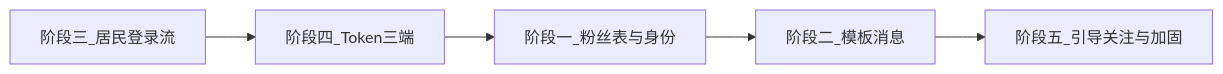
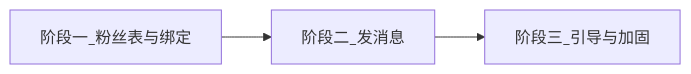
The diagram in plan/wechat-notify-auth-roadmap.md (zhangjun2046/dayangyunjie), drawn with Mermaid before and after one commit. The commit also changed other lines of this file and 21 other files, not shown here.

````diff
--- a/plan/wechat-notify-auth-roadmap.md
+++ b/plan/wechat-notify-auth-roadmap.md
@@ -261,7 +268,5 @@
 ```mermaid
 flowchart LR
-  A[阶段三_居民登录流] --> B[阶段四_Token三端]
-  B --> C[阶段一_粉丝表与身份]
-  C --> D[阶段二_模板消息]
-  D --> E[阶段五_引导关注与加固]
+  A[阶段一_粉丝表与绑定] --> B[阶段二_发消息]
+  B --> C[阶段三_引导与加固]
 ```
````
